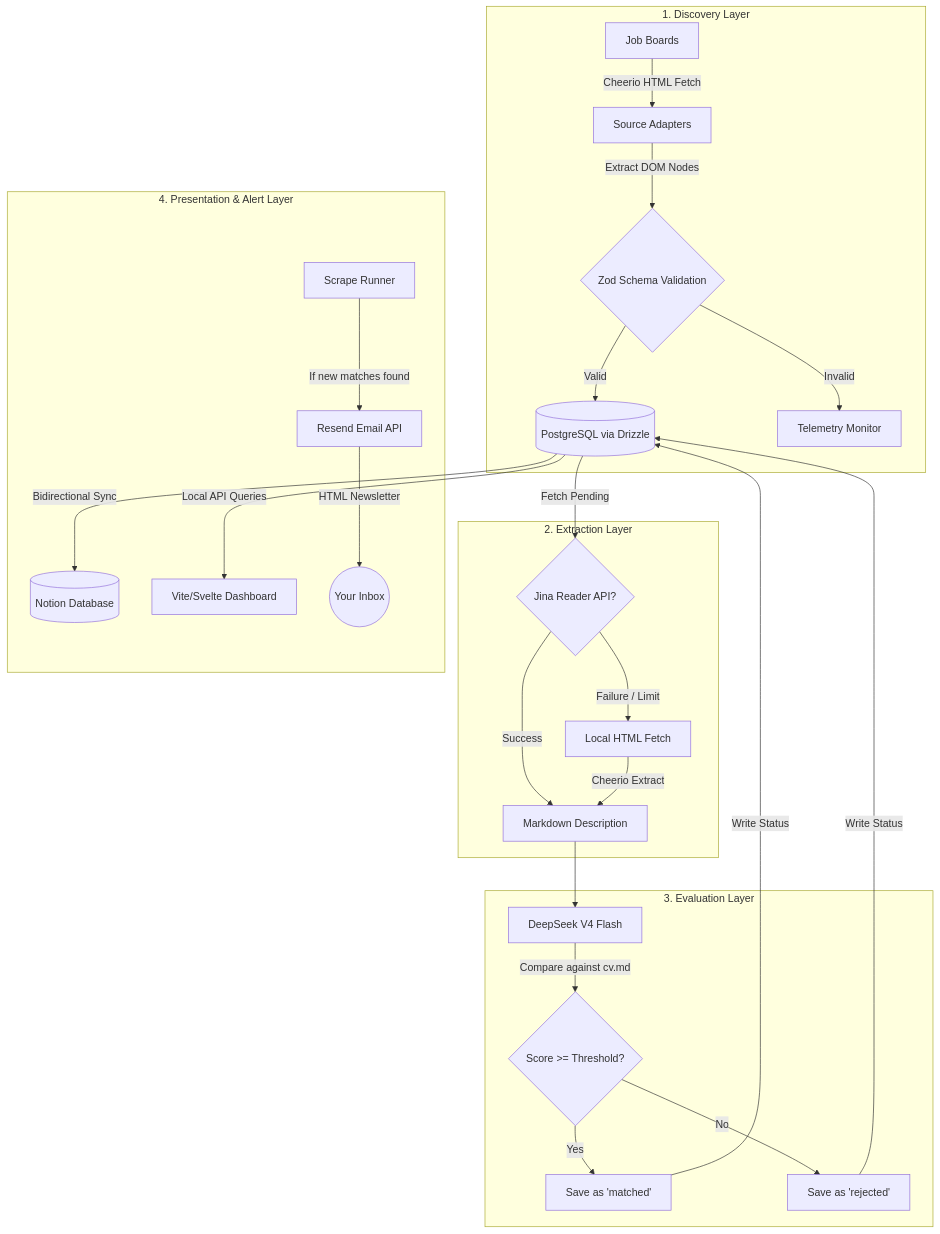
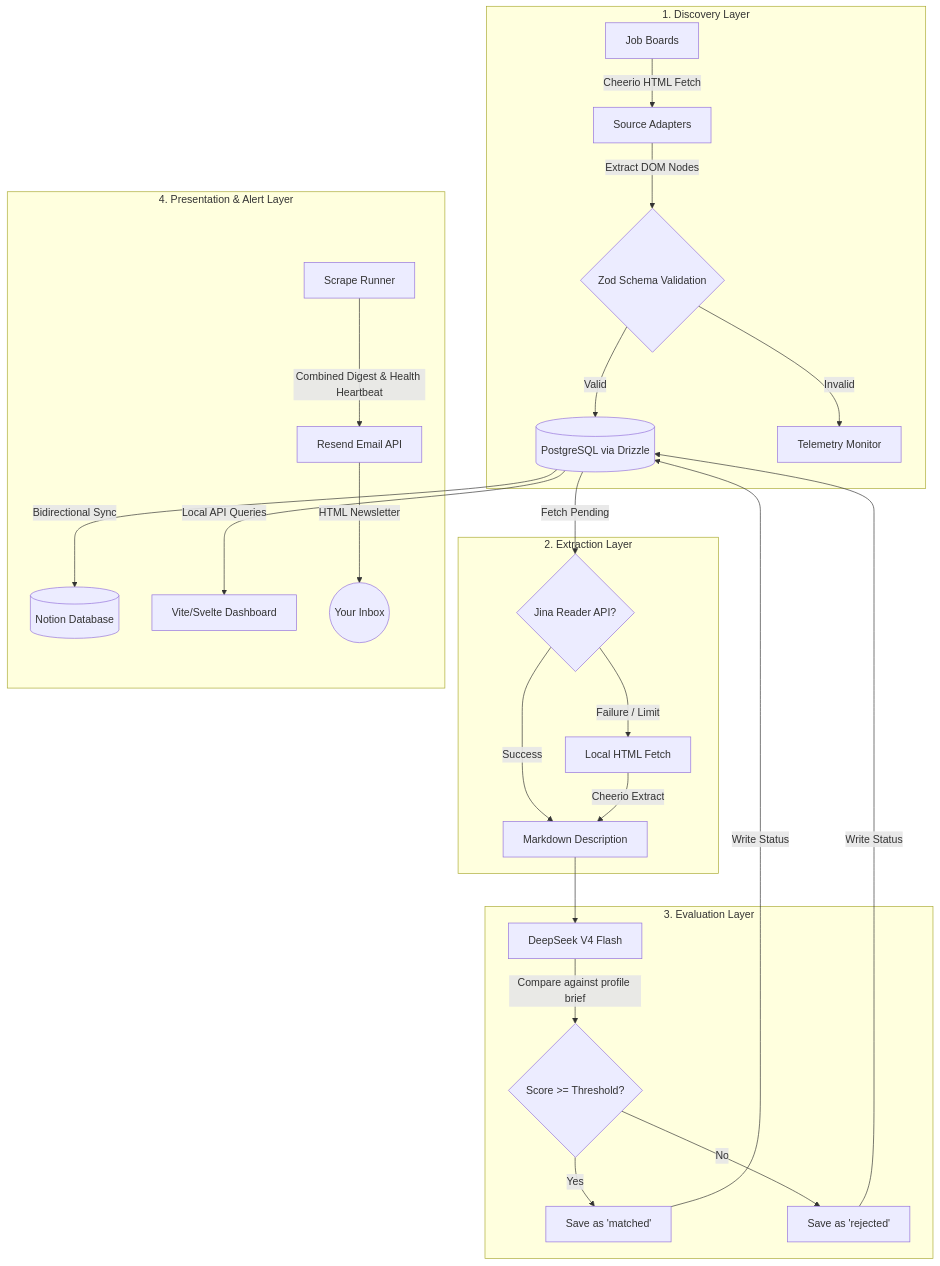
The diagram in README.md (dandrok/jobetl), drawn with Mermaid before and after one commit. The commit also changed other lines of this file, not shown here.

````diff
--- a/README.md
+++ b/README.md
@@ -58,32 +58,32 @@
 ```mermaid
 flowchart TD
     subgraph Discovery [1. Discovery Layer]
         A[Job Boards] -->|Cheerio HTML Fetch| B[Source Adapters]
         B -->|Extract DOM Nodes| C{Zod Schema Validation}
         C -->|Valid| D[(PostgreSQL via Drizzle)]
         C -->|Invalid| E[Telemetry Monitor]
     end
 
     subgraph Extraction [2. Extraction Layer]
         D -->|Fetch Pending| F{Jina Reader API?}
         F -->|Success| G[Markdown Description]
         F -->|Failure / Limit| H[Local HTML Fetch]
         H -->|Cheerio Extract| G
     end
 
     subgraph Intelligence [3. Evaluation Layer]
         G --> DS[DeepSeek V4 Flash]
-        DS -->|Compare against cv.md| I{Score >= Threshold?}
+        DS -->|Compare against profile brief| I{Score >= Threshold?}
         I -->|Yes| J[Save as 'matched']
         I -->|No| K[Save as 'rejected']
         J -->|Write Status| D
         K -->|Write Status| D
     end
 
     subgraph Presentation [4. Presentation & Alert Layer]
         D -->|Bidirectional Sync| L[(Notion Database)]
         D -->|Local API Queries| M[Vite/Svelte Dashboard]
-        CLI[Scrape Runner] -->|If new matches found| R[Resend Email API]
+        CLI[Scrape Runner] -->|Combined Digest & Health Heartbeat| R[Resend Email API]
         R -->|HTML Newsletter| Inbox((Your Inbox))
     end
 ```
````
